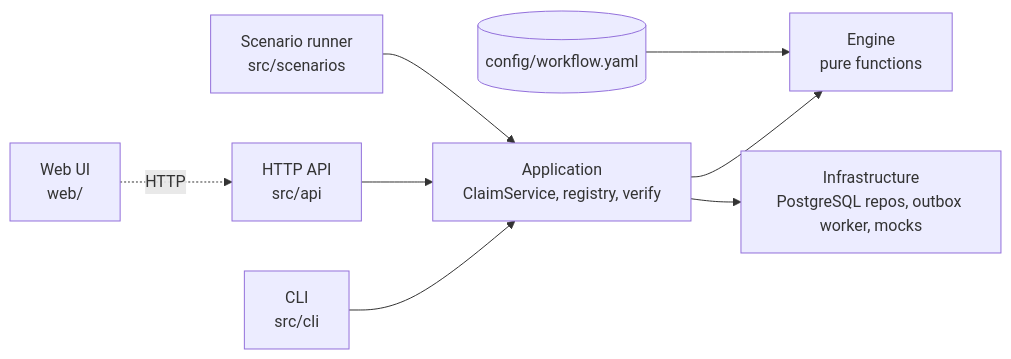
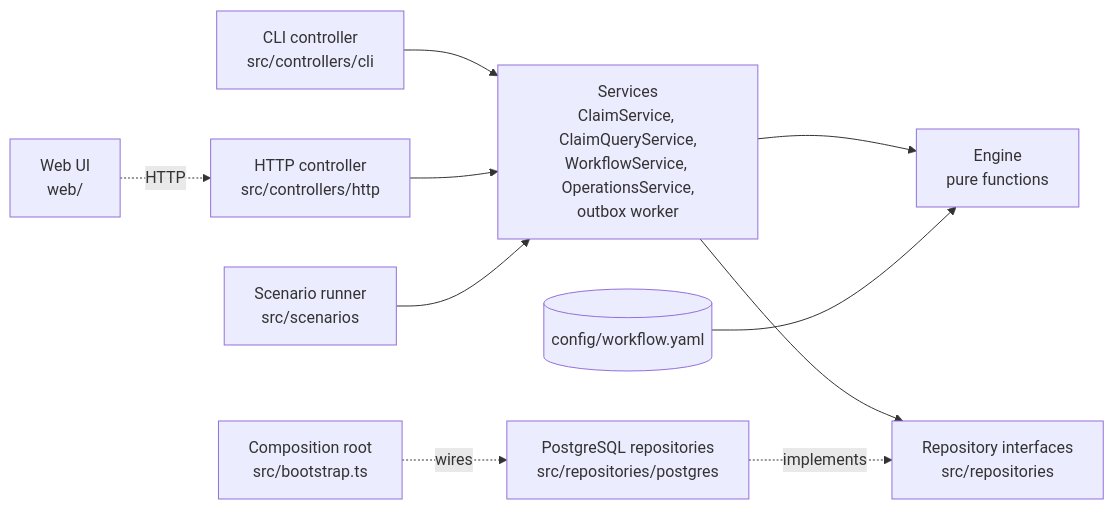
The first of 2 diagrams in docs/design.md (singuyen123/claims_workflow), drawn with Mermaid before and after one commit. The commit also changed other lines of this file and 69 other files, not shown here.

First line of the commit message:
refactor: split controllers, services and repositories

````diff
--- a/docs/design.md
+++ b/docs/design.md
@@ -9,10 +9,12 @@
 ```mermaid
 flowchart LR
-  cli[CLI<br/>src/cli] --> app
-  api[HTTP API<br/>src/api] --> app
+  cli[CLI controller<br/>src/controllers/cli] --> services
+  api[HTTP controller<br/>src/controllers/http] --> services
   web[Web UI<br/>web/] -. HTTP .-> api
-  scenarios[Scenario runner<br/>src/scenarios] --> app
-  app[Application<br/>ClaimService, registry, verify] --> engine[Engine<br/>pure functions]
-  app --> infra[Infrastructure<br/>PostgreSQL repos, outbox worker, mocks]
+  scenarios[Scenario runner<br/>src/scenarios] --> services
+  services[Services<br/>ClaimService, ClaimQueryService,<br/>WorkflowService, OperationsService,<br/>outbox worker] --> engine[Engine<br/>pure functions]
+  services --> repos[Repository interfaces<br/>src/repositories]
+  pg[PostgreSQL repositories<br/>src/repositories/postgres] -. implements .-> repos
+  boot[Composition root<br/>src/bootstrap.ts] -. wires .-> pg
   config[(config/workflow.yaml)] --> engine
 ```
````
